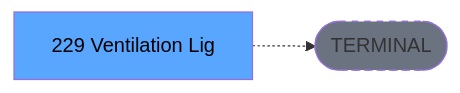
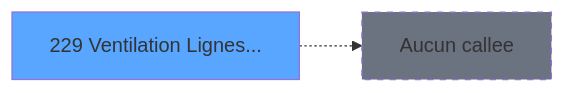
One commit to thonyAGP/magic-migration changed the third of 3 diagrams in .openspec/specs/ADH-IDE-229.md. Above: the diagram before and after it, drawn with Mermaid. The commit also changed other lines of this file and 20 other files, not shown here.

````diff
--- a/.openspec/specs/ADH-IDE-229.md
+++ b/.openspec/specs/ADH-IDE-229.md
@@ -136,8 +365,8 @@
 ```mermaid
 graph LR
-    T[229 Ventilation Lig]
-    TERM([TERMINAL])
-    T -.-> TERM
-    style TERM fill:#6b7280,stroke-dasharray: 5 5
-    style T fill:#58a6ff,color:#000
+    T229[229 Ventilation Lignes...]
+    style T229 fill:#58a6ff
+    NONE[Aucun callee]
+    T229 -.-> NONE
+    style NONE fill:#6b7280,stroke-dasharray: 5 5
 ```
````
